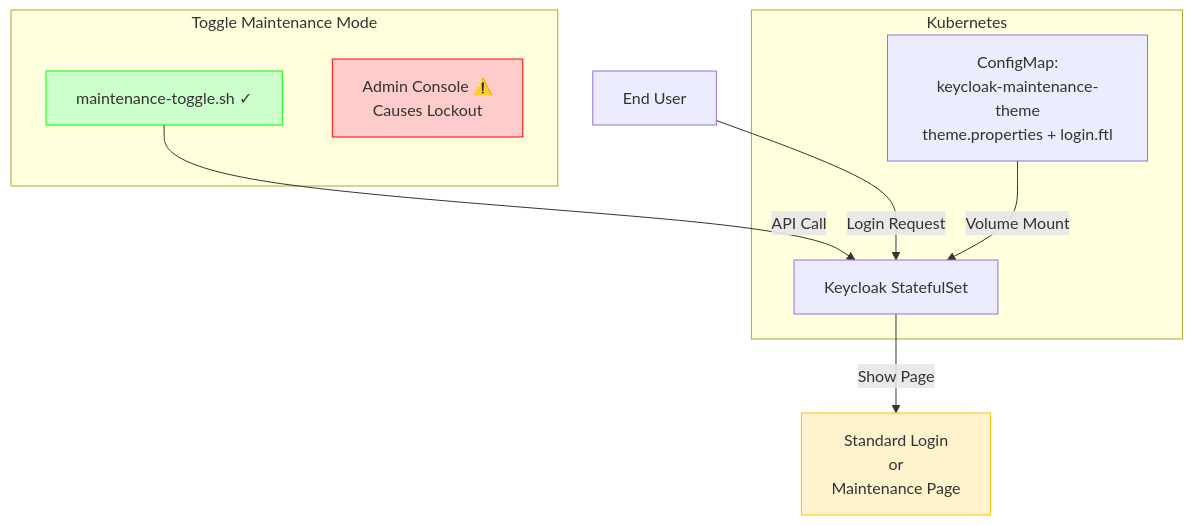
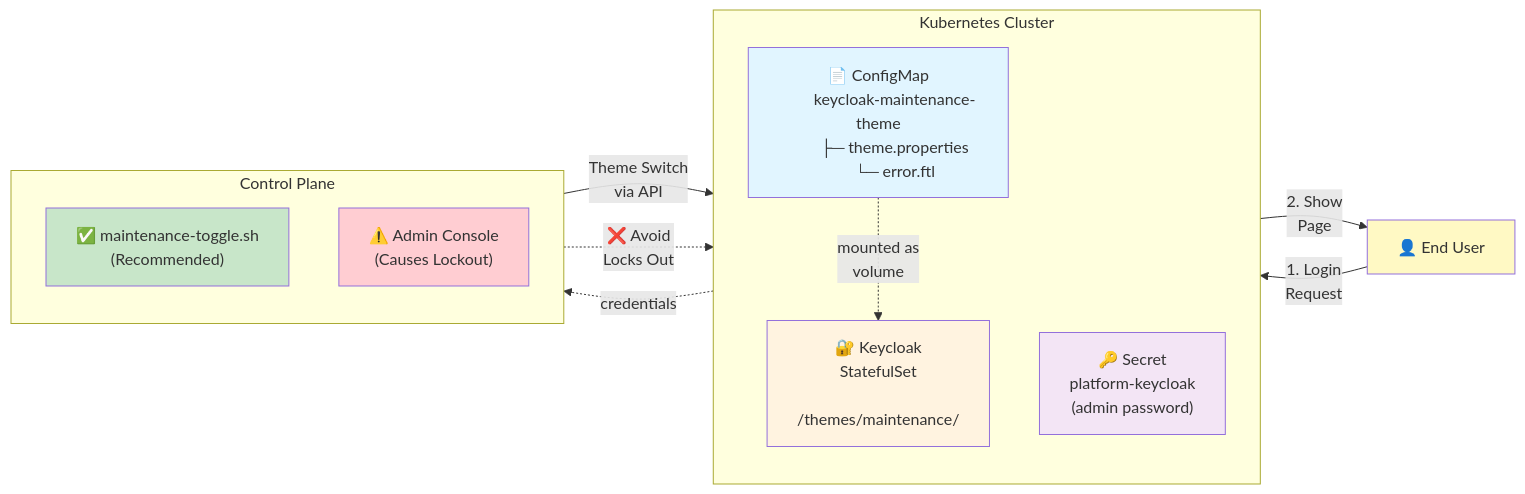
One commit to open-edge-platform/edge-manageability-framework changed the first of 2 diagrams in design-proposals/keycloak-maintenance-theme.md. Above: the diagram before and after it, drawn with Mermaid. The commit also changed other lines of this file, not shown here.

Commit message:
Updated architectural diagram

````diff
--- a/design-proposals/keycloak-maintenance-theme.md
+++ b/design-proposals/keycloak-maintenance-theme.md
@@ -96,21 +96,45 @@
 ```mermaid
-graph TB
-    subgraph "Kubernetes"
-        CM[ConfigMap:<br/>keycloak-maintenance-theme<br/>theme.properties + login.ftl]
-        KC[Keycloak StatefulSet]
-        CM -->|Volume Mount| KC
+flowchart LR
+    subgraph k8s["Kubernetes Cluster"]
+        direction TB
+        CM["📄 ConfigMap
+        keycloak-maintenance-theme
+        ├─ theme.properties
+        └─ error.ftl"]
+        
+        KC["🔐 Keycloak
+        StatefulSet
+        
+        /themes/maintenance/"]
+        
+        Secret["🔑 Secret
+        platform-keycloak
+        (admin password)"]
+        
+        CM -.->|mounted as<br/>volume| KC
     end
     
-    subgraph "Toggle Maintenance Mode"
-        Script[maintenance-toggle.sh ✓]
-        Console[Admin Console ⚠️<br/>Causes Lockout]
-        Script -->|API Call| KC
+    subgraph control["Control Plane"]
+        direction TB
+        Script["✅ maintenance-toggle.sh
+        (Recommended)"]
+        API["⚠️ Admin Console
+        (Causes Lockout)"]
     end
     
-    User[End User] -->|Login Request| KC
-    KC -->|Show Page| Display[Standard Login<br/>or<br/>Maintenance Page]
+    User["👤 End User"]
     
-    style Console fill:#ffcccc,stroke:#ff0000
-    style Script fill:#ccffcc,stroke:#00ff00
-    style Display fill:#fff3cd,stroke:#ffc107
+    User -->|1. Login<br/>Request| KC
+    KC -->|2. Show<br/>Page| User
+    
+    Script -->|Theme Switch<br/>via API| KC
+    API -.->|❌ Avoid<br/>Locks Out| KC
+    Secret -.->|credentials| Script
+    
+    style CM fill:#e1f5ff
+    style KC fill:#fff3e0
+    style Secret fill:#f3e5f5
+    style Script fill:#c8e6c9
+    style API fill:#ffcdd2
+    style User fill:#fff9c4
 ```
````
